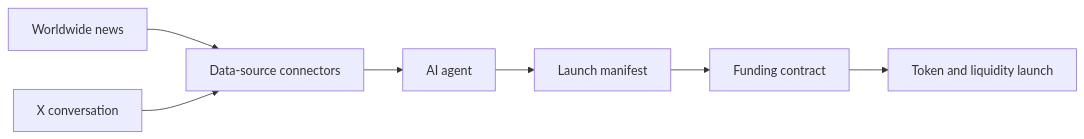
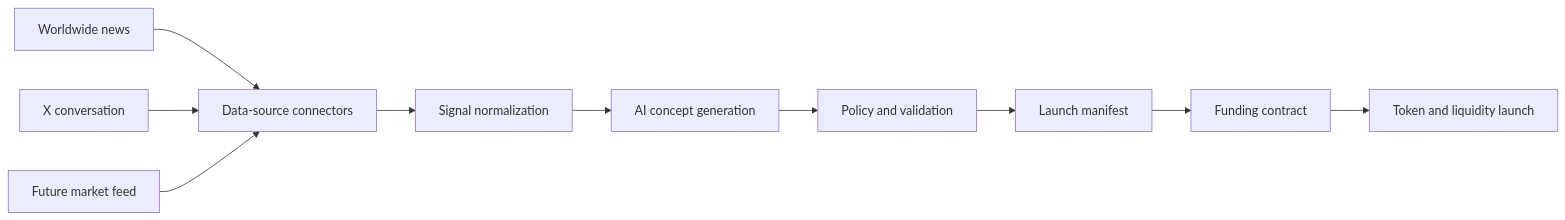
The diagram in docs/architecture.md (MemeToro/memetoro), drawn with Mermaid before and after one commit. The commit also changed other lines of this file and 14 other files, not shown here.

````diff
--- a/docs/architecture.md
+++ b/docs/architecture.md
@@ -27,9 +27,12 @@
 ```mermaid
 flowchart LR
     A[Worldwide news] --> B[Data-source connectors]
     X[X conversation] --> B
-    B --> C[AI agent]
-    C --> D[Launch manifest]
+    M[Future market feed] --> B
+    B --> C[Signal normalization]
+    C --> G[AI concept generation]
+    G --> P[Policy and validation]
+    P --> D[Launch manifest]
     D --> E[Funding contract]
     E --> F[Token and liquidity launch]
 ```
````
